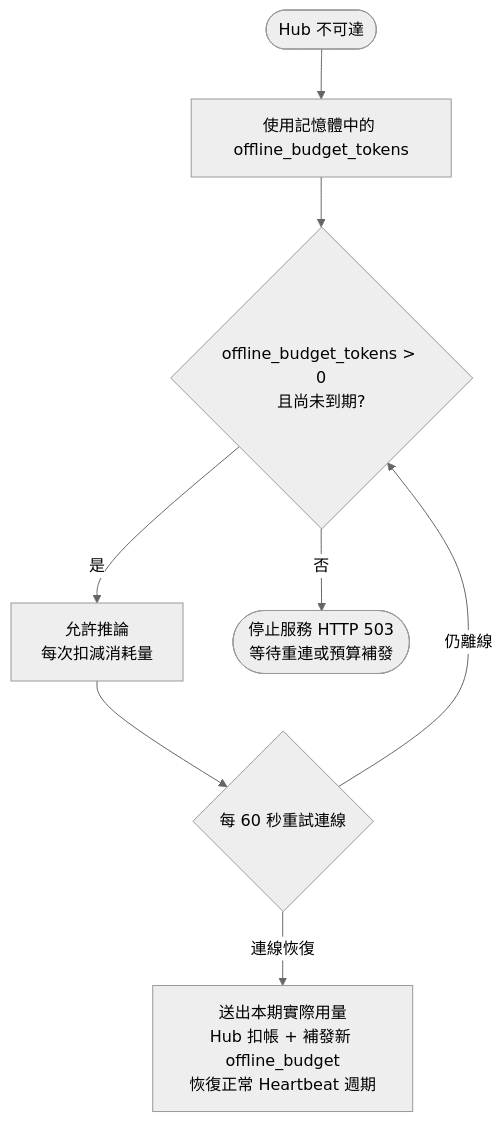
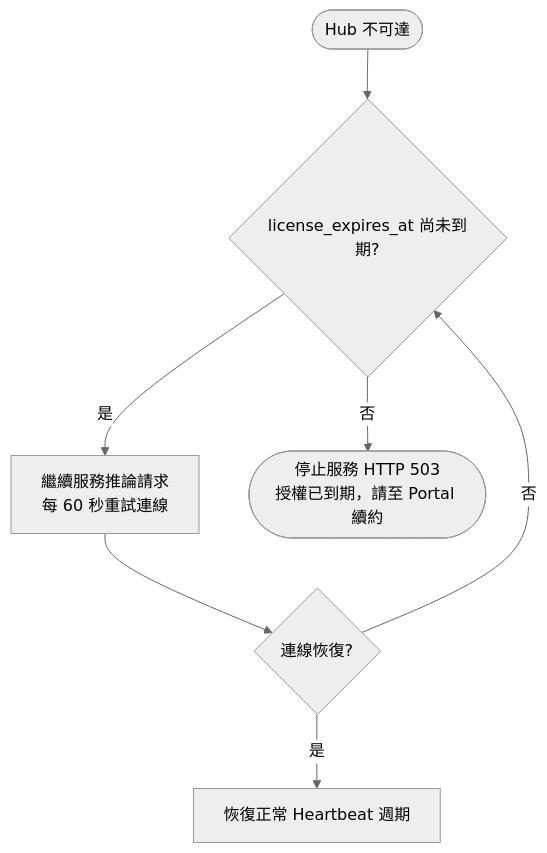
The third of 4 diagrams in docs/aihub-activation-handshake.md (t200i/footfit), drawn with Mermaid (neutral theme) before and after one commit. The commit also changed other lines of this file and 2 other files, not shown here.

````diff
--- a/docs/aihub-activation-handshake.md
+++ b/docs/aihub-activation-handshake.md
@@ -161,10 +153,9 @@
 ```mermaid
 flowchart TD
-    A([Hub 不可達]) --> B["使用記憶體中的 offline_budget_tokens"]
-    B --> C{offline_budget_tokens > 0\n且尚未到期?}
-    C -- 是 --> D[允許推論\n每次扣減消耗量]
-    C -- 否 --> E([停止服務 HTTP 503\n等待重連或預算補發])
-    D --> F{每 60 秒重試連線}
-    F -- 連線恢復 --> G["送出本期實際用量\nHub 扣帳 + 補發新 offline_budget\n恢復正常 Heartbeat 週期"]
-    F -- 仍離線 --> C
+    A([Hub 不可達]) --> B{license_expires_at 尚未到期?}
+    B -- 是 --> C[繼續服務推論請求\n每 60 秒重試連線]
+    B -- 否 --> D([停止服務 HTTP 503\n授權已到期，請至 Portal 續約])
+    C --> E{連線恢復?}
+    E -- 是 --> F[恢復正常 Heartbeat 週期]
+    E -- 否 --> B
 ```
````
